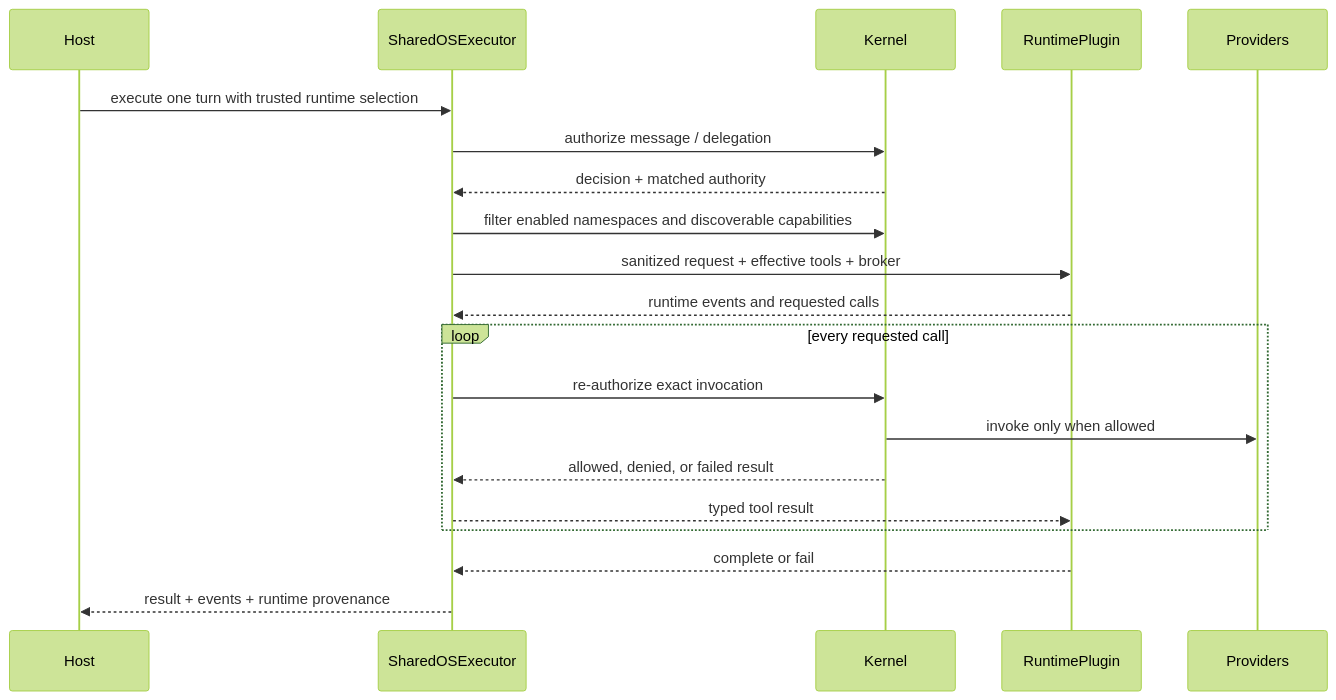
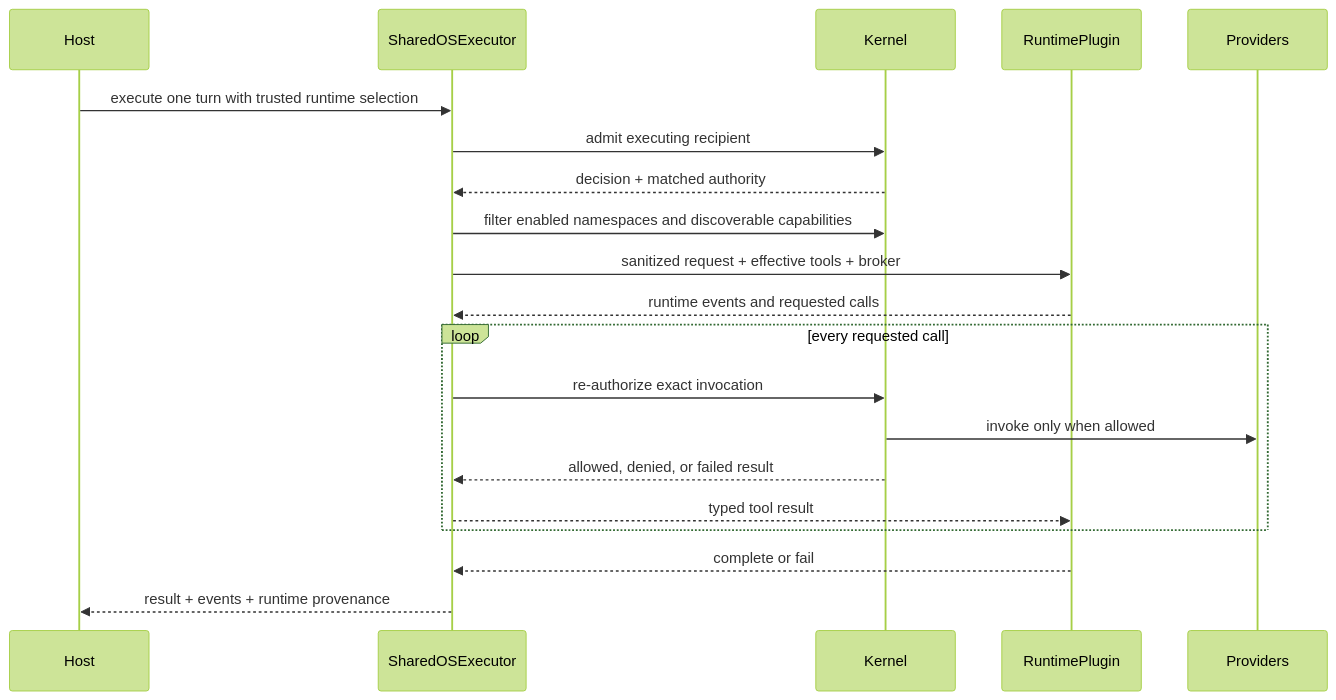
One commit to Aicoo-Team/SharedOS changed the second of 2 diagrams in docs/architecture.md. Above: the diagram before and after it, drawn with Mermaid (forest theme). The commit also changed other lines of this file and 44 other files, not shown here.

````diff
--- a/docs/architecture.md
+++ b/docs/architecture.md
@@ -248,23 +255,23 @@
 ```mermaid
 sequenceDiagram
   participant Host
   participant Envelope as SharedOSExecutor
   participant Kernel
   participant Runtime as RuntimePlugin
   participant Providers
 
   Host->>Envelope: execute one turn with trusted runtime selection
-  Envelope->>Kernel: authorize message / delegation
+  Envelope->>Kernel: admit executing recipient
   Kernel-->>Envelope: decision + matched authority
   Envelope->>Kernel: filter enabled namespaces and discoverable capabilities
   Envelope->>Runtime: sanitized request + effective tools + broker
   Runtime-->>Envelope: runtime events and requested calls
   loop every requested call
     Envelope->>Kernel: re-authorize exact invocation
     Kernel->>Providers: invoke only when allowed
     Kernel-->>Envelope: allowed, denied, or failed result
     Envelope-->>Runtime: typed tool result
   end
   Runtime-->>Envelope: complete or fail
   Envelope-->>Host: result + events + runtime provenance
 ```
````
